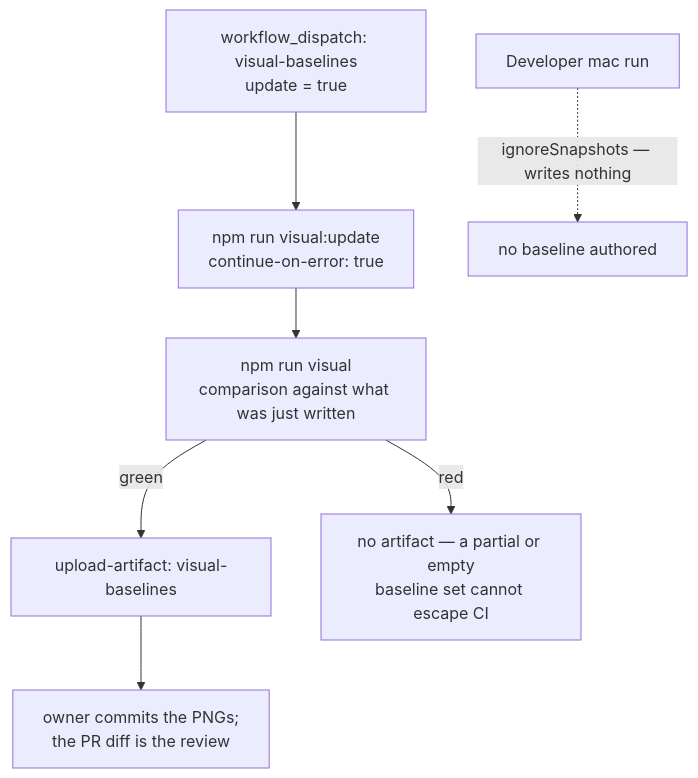
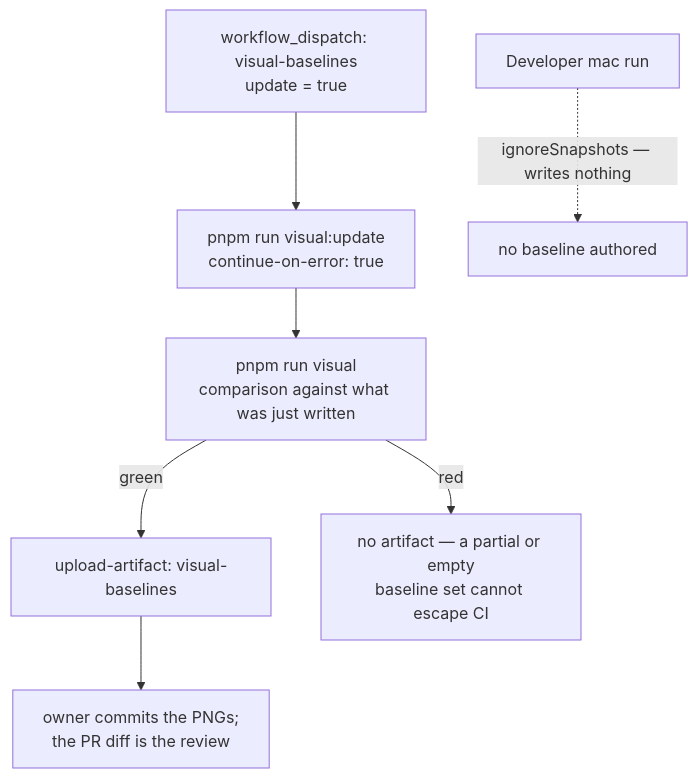
The diagram in website/docs/decisions/0008-visual-regression.md (chomamateusz/agentproofarch), drawn with Mermaid before and after one commit. The commit also changed other lines of this file and 74 other files, not shown here.

First line of the commit message:
Toolchain: migrate npm -> pnpm (supply-chain hardening)

````diff
--- a/website/docs/decisions/0008-visual-regression.md
+++ b/website/docs/decisions/0008-visual-regression.md
@@ -41,9 +41,9 @@
 ```mermaid
 flowchart TD
-    dispatch["workflow_dispatch: visual-baselines<br/>update = true"] --> render["npm run visual:update<br/>continue-on-error: true"]
-    render --> compare["npm run visual<br/>comparison against what was just written"]
+    dispatch["workflow_dispatch: visual-baselines<br/>update = true"] --> render["pnpm run visual:update<br/>continue-on-error: true"]
+    render --> compare["pnpm run visual<br/>comparison against what was just written"]
     compare -->|"green"| upload["upload-artifact: visual-baselines"]
     compare -->|"red"| stop["no artifact — a partial or empty<br/>baseline set cannot escape CI"]
     upload --> commit["owner commits the PNGs;<br/>the PR diff is the review"]
     mac["Developer mac run"] -.->|"ignoreSnapshots — writes nothing"| nothing["no baseline authored"]
 ```
````
